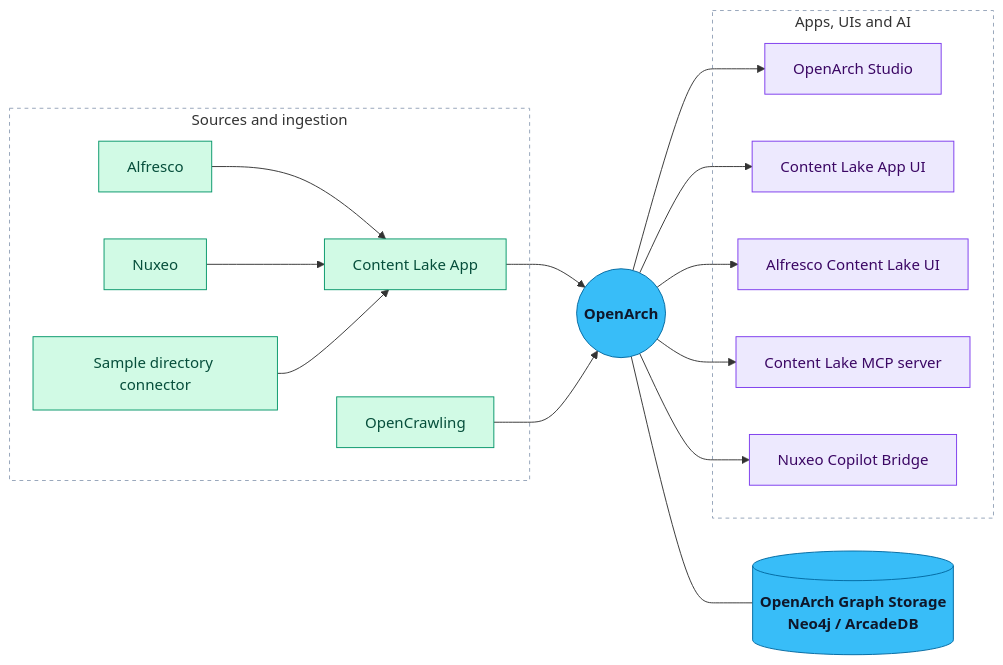
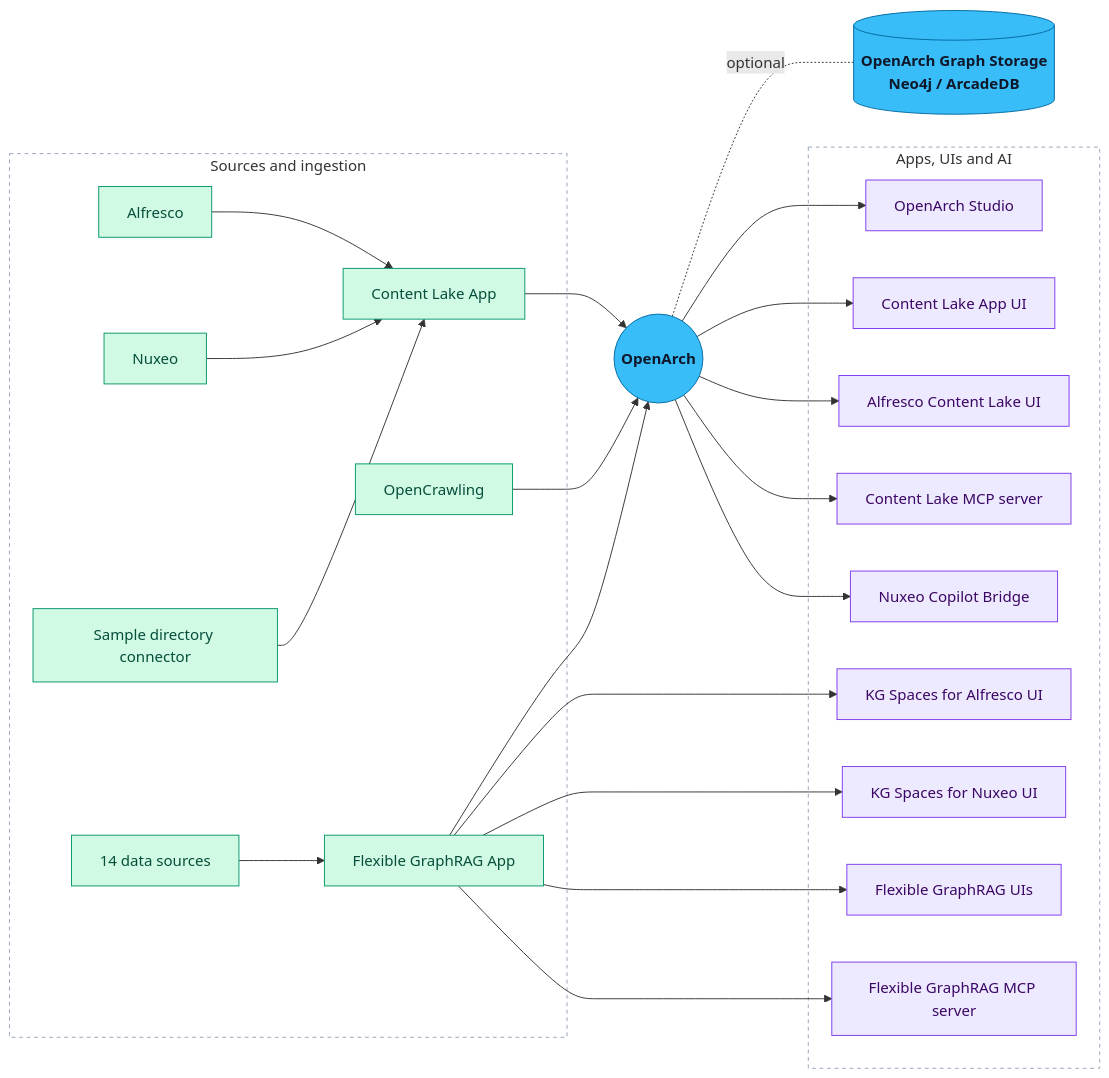
The diagram in README.md (AlfrescoLabs/awesome-openarch), drawn with Mermaid before and after one commit. The commit also changed other lines of this file, not shown here.

Commit message:
Add Flexible GraphRAG, KG Spaces and Python OpenArch API projects
Add seven community projects to the list and the ecosystem diagram.
Apps and UIs:
- Flexible GraphRAG App: Python (FastAPI) backend that ingests from 14
  data sources into OpenArch and adds GraphRAG, RAG, hybrid search and
  AI chat, fusing OpenArch results with property graph and RDF stores
- Flexible GraphRAG UIs: Angular, React and Vue frontends
- KG Spaces for Alfresco: UI extension for ACA or ADW
- KG Spaces for Nuxeo: Angular companion app for Nuxeo Web UI
- KG Spaces Deployment: Docker Compose for Flexible GraphRAG, KG Spaces,
  OpenArch and Alfresco and/or Nuxeo

Connectors and integrations:
- Python OpenArch API: sync and async Python client for the OpenArch
  REST API

AI and agents:
- Flexible GraphRAG MCP server

Other changes:
- OpenArch Graph Storage: note it is a non-default option in
  KG Spaces Deployment
- Diagram: add 14 data sources -> Flexible GraphRAG App -> OpenArch,
  add KG Spaces, Flexible GraphRAG UIs and MCP server blocks, and make
  the OpenArch to Graph Storage link dotted with an "optional" label
- Projects badge: 10 -> 17

All new projects are Apache-2.0 and marked Working.

````diff
--- a/README.md
+++ b/README.md
@@ -57,53 +57,70 @@
 ```mermaid
 graph LR
     subgraph Sources["Sources and ingestion"]
         ACS[Alfresco]
         NUX[Nuxeo]
         CLA[Content Lake App]
         OC[OpenCrawling]
         SDC[Sample directory connector]
+        DS14[14 data sources]
+        FGA[Flexible GraphRAG App]
     end
 
     OA((OpenArch))
     GS[(OpenArch Graph Storage<br/>Neo4j / ArcadeDB)]
 
     subgraph Apps["Apps, UIs and AI"]
         STU[OpenArch Studio]
         CLUI[Content Lake App UI]
         ACLUI[Alfresco Content Lake UI]
         MCP[Content Lake MCP server]
         NCB[Nuxeo Copilot Bridge]
+        KGA[KG Spaces for Alfresco UI]
+        KGN[KG Spaces for Nuxeo UI]
+        FGUI[Flexible GraphRAG UIs]
+        FGMCP[Flexible GraphRAG MCP server]
     end
 
     ACS --> CLA
     NUX --> CLA
     CLA --> OA
     OC --> OA
     SDC --> CLA
-    OA --- GS
+    DS14 --> FGA
+    FGA --> OA
+    OA -. optional .- GS
     OA --> STU
     OA --> CLUI
     OA --> ACLUI
     OA --> MCP
     OA --> NCB
+    FGA --> KGA
+    FGA --> KGN
+    FGA --> FGUI
+    FGA --> FGMCP
 
     click CLA "https://github.com/AlfrescoLabs/content-lake-app"
     click OC "https://github.com/opencrawling/opencrawling"
     click SDC "https://github.com/AlfrescoLabs/content-lake-app/tree/main/plugins/examples/sample-directory-connector"
+    click FGA "https://github.com/stevereiner/flexible-graphrag"
     click OA "https://github.com/Hyland/OpenArch"
     click GS "https://github.com/stevereiner/openarch-graph-storage"
     click STU "https://github.com/haaldinger/openarch-studio"
     click CLUI "https://github.com/AlfrescoLabs/content-lake-app-ui"
     click ACLUI "https://github.com/AlfrescoLabs/alfresco-content-lake-ui"
     click MCP "https://github.com/AlfrescoLabs/content-lake-app"
     click NCB "https://www.prime-force.com"
+    click KGA "https://github.com/stevereiner/kg-spaces-aca"
+    click KGN "https://github.com/stevereiner/kg-spaces-nuxeo"
+    click FGUI "https://github.com/stevereiner/flexible-graphrag"
+    click FGMCP "https://github.com/stevereiner/flexible-graphrag"
 
     classDef source fill:#d1fae5,stroke:#059669,color:#064e3b
     classDef core fill:#38bdf8,stroke:#0369a1,color:#0f172a,font-weight:bold
     classDef app fill:#ede9fe,stroke:#7c3aed,color:#3b0764
-    class ACS,NUX,CLA,OC,SDC source
+    class ACS,NUX,CLA,OC,SDC,DS14,FGA source
     class OA,GS core
-    class STU,CLUI,ACLUI,MCP,NCB app
+    class STU,CLUI,ACLUI,MCP,NCB,KGA,KGN,FGUI,FGMCP app
     style Sources fill:transparent,stroke:#94a3b8,stroke-dasharray:4 4
     style Apps fill:transparent,stroke:#94a3b8,stroke-dasharray:4 4
 ```
````
